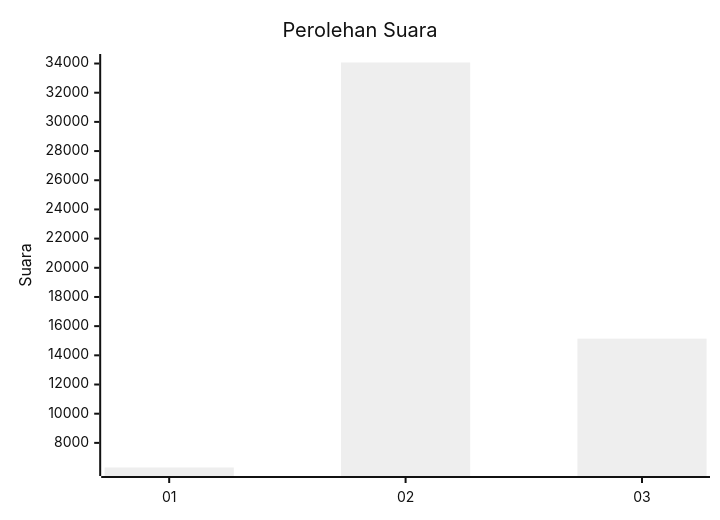
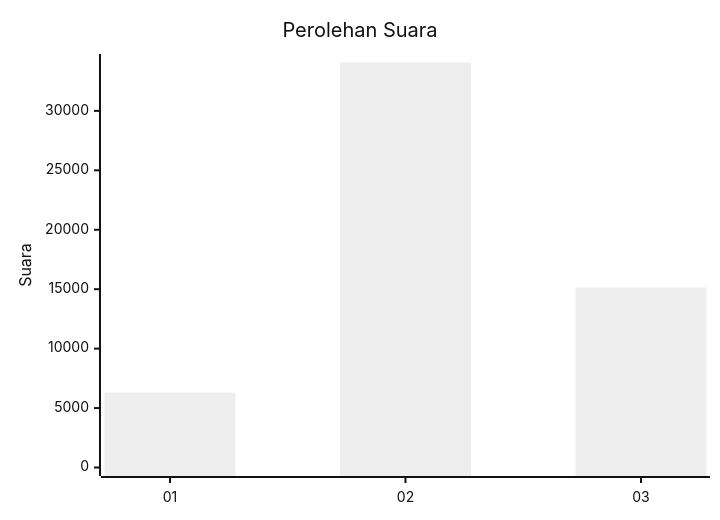
One commit to gigit-pemilu/pemilu-2024 changed the first of 2 diagrams in pilpres/hitung-suara/sub/table-wilayah-94.md. Above: the diagram before and after it, drawn with Mermaid (neutral theme). The commit also changed 42 other files, not shown here.

````diff
--- a/pilpres/hitung-suara/sub/table-wilayah-94.md
+++ b/pilpres/hitung-suara/sub/table-wilayah-94.md
@@ -7,7 +7,7 @@
 ```mermaid
 xychart-beta
     title "Perolehan Suara"
     x-axis [01, 02, 03]
-    y-axis "Suara"
+    y-axis "Suara" 0 --> 34070
     bar [6312, 34070, 15143]
 ```
````
